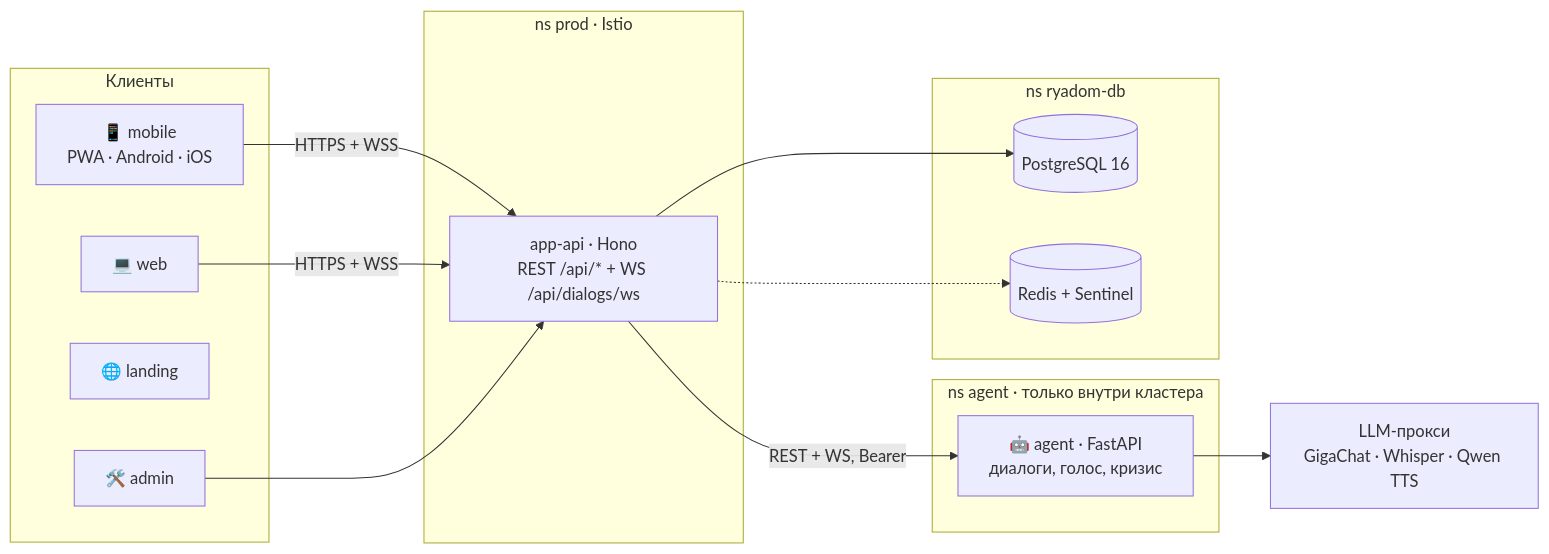
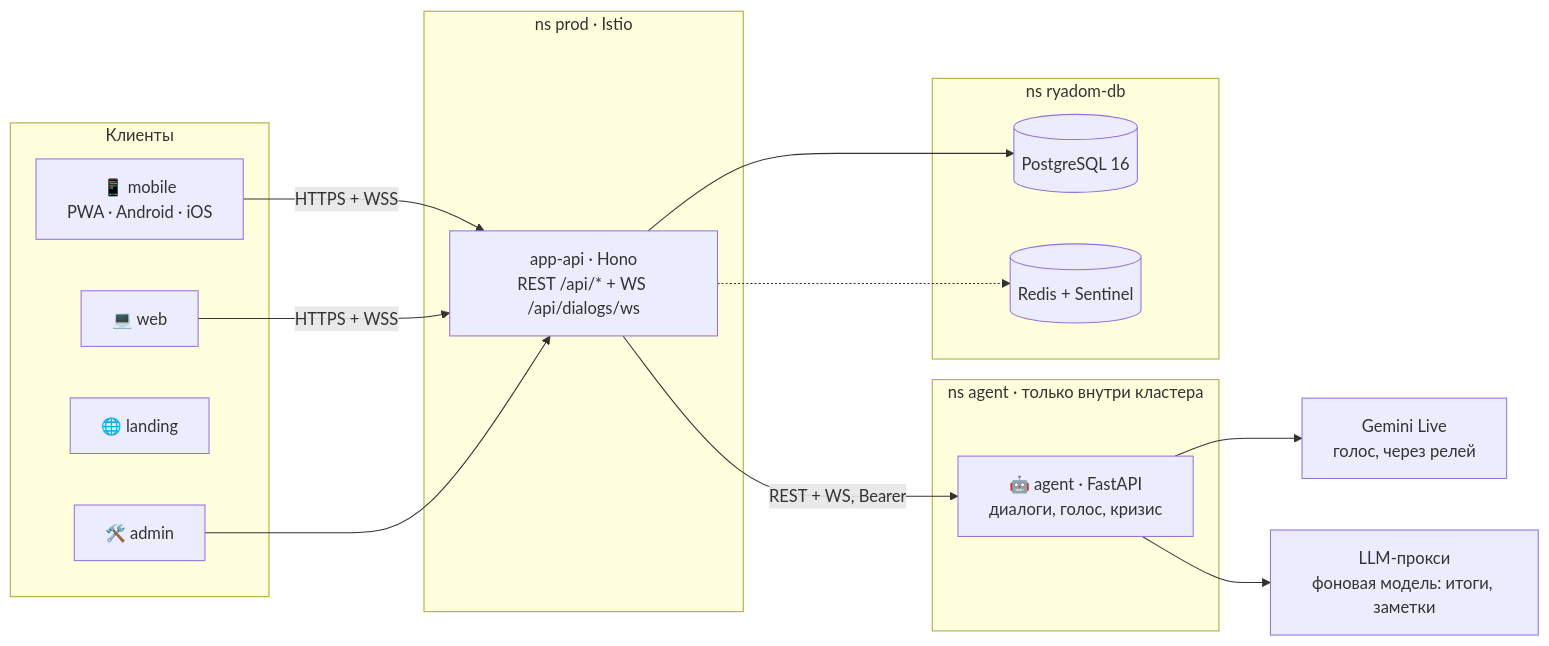
One commit to playa69/ryadom changed the third of 4 diagrams in README.md. Above: the diagram before and after it, drawn with Mermaid. The commit also changed other lines of this file and 9 other files, not shown here.

````diff
--- a/README.md
+++ b/README.md
@@ -205,26 +205,28 @@
 ```mermaid
 flowchart LR
   subgraph Clients["Клиенты"]
     MOB["📱 mobile<br/>PWA · Android · iOS"]
     WEB["💻 web"]
     LAND["🌐 landing"]
     ADM["🛠️ admin"]
   end
   subgraph Prod["ns prod · Istio"]
     API["app-api · Hono<br/>REST /api/* + WS /api/dialogs/ws"]
   end
   subgraph AgentNS["ns agent · только внутри кластера"]
     AG["🤖 agent · FastAPI<br/>диалоги, голос, кризис"]
   end
   subgraph DB["ns ryadom-db"]
     PG[("PostgreSQL 16")]
     RD[("Redis + Sentinel")]
   end
-  PROXY["LLM-прокси<br/>GigaChat · Whisper · Qwen TTS"]
+  GEM["Gemini Live<br/>голос, через релей"]
+  PROXY["LLM-прокси<br/>фоновая модель: итоги, заметки"]
   MOB & WEB -->|HTTPS + WSS| API
   ADM --> API
   API -->|REST + WS, Bearer| AG
   API --> PG
   API -.-> RD
+  AG --> GEM
   AG --> PROXY
 ```
````
